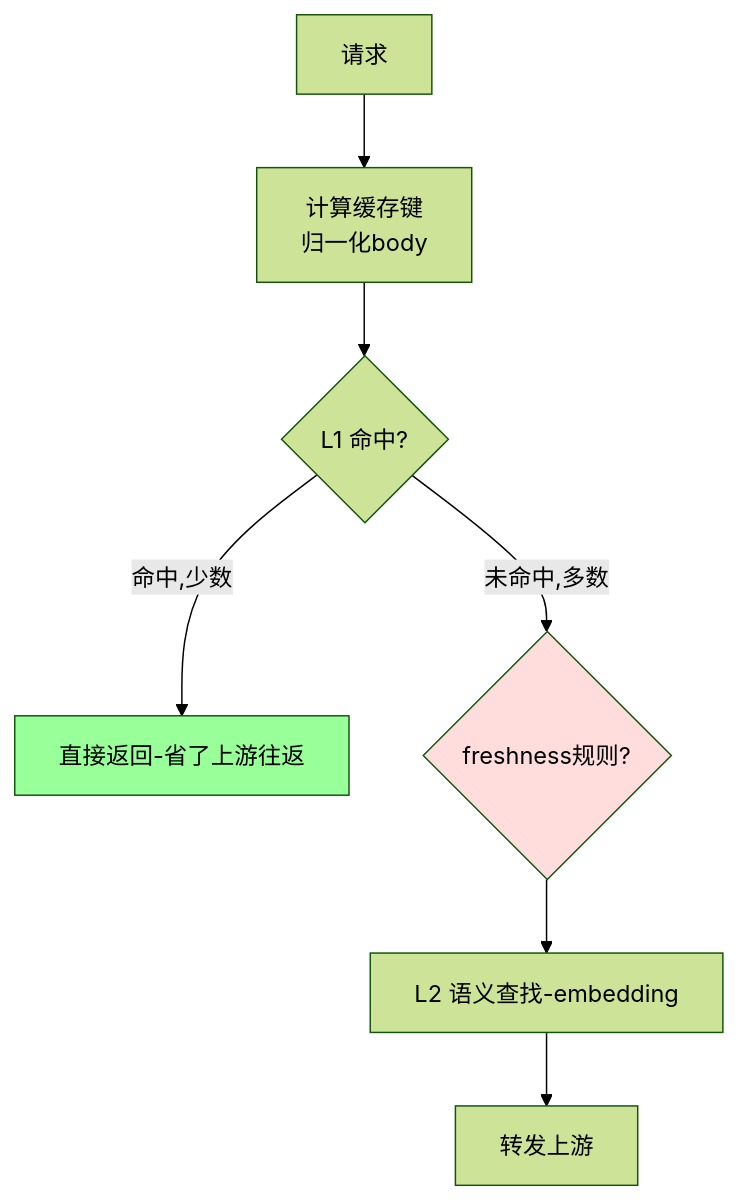
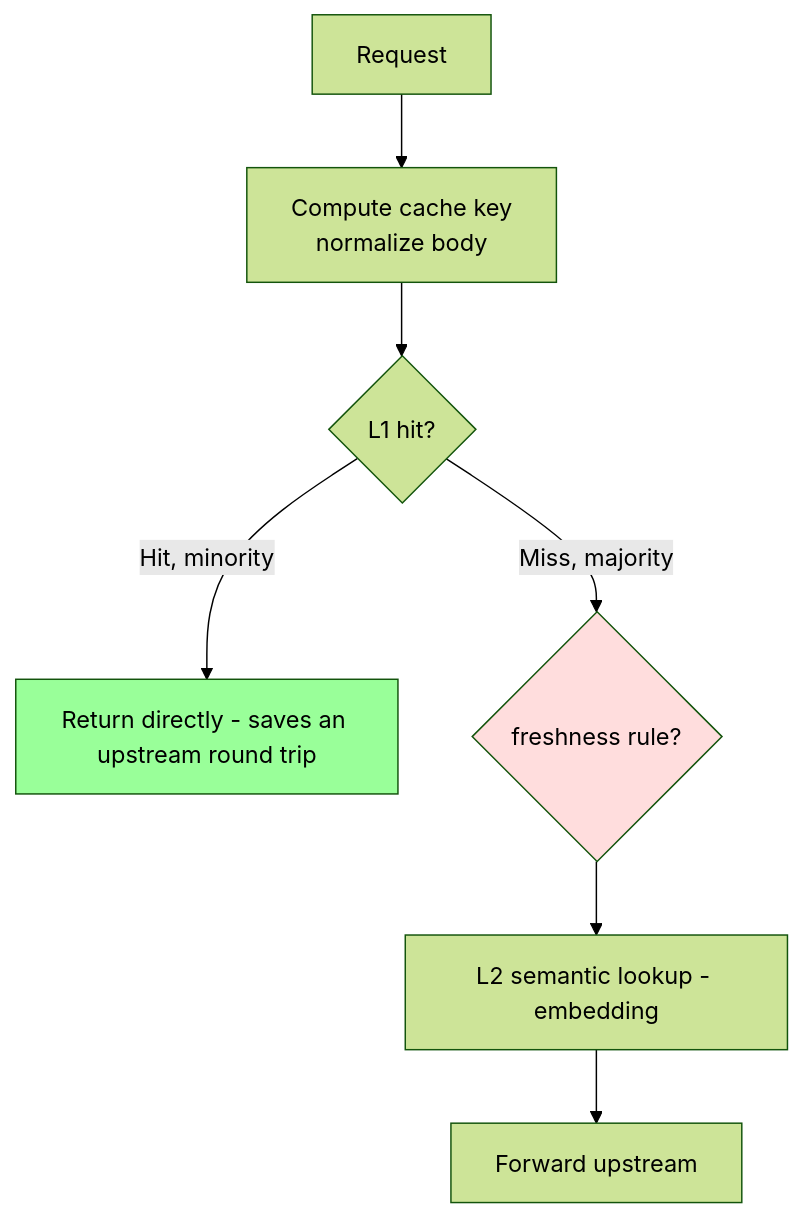
Before and after one commit to AlphaBitCore/nexus-gateway: the second of 4 diagrams in docs/developers/architecture/services/ai-gateway/performance-and-switches-explained.md, drawn with Mermaid (forest theme). The commit also changed other lines of this file and 165 other files, not shown here.

````diff
--- a/docs/developers/architecture/services/ai-gateway/performance-and-switches-explained.md
+++ b/docs/developers/architecture/services/ai-gateway/performance-and-switches-explained.md
@@ -118,11 +118,11 @@
 ```mermaid
 flowchart TD
-    R[请求] --> K[计算缓存键<br/>归一化body]
-    K --> L{L1 命中?}
-    L -->|命中,少数| HIT[直接返回-省了上游往返]
-    L -->|未命中,多数| M{freshness规则?}
-    M --> N[L2 语义查找-embedding]
-    N --> UP[转发上游]
+    R[Request] --> K[Compute cache key<br/>normalize body]
+    K --> L{L1 hit?}
+    L -->|Hit, minority| HIT[Return directly - saves an upstream round trip]
+    L -->|Miss, majority| M{freshness rule?}
+    M --> N[L2 semantic lookup - embedding]
+    N --> UP[Forward upstream]
     style HIT fill:#9f9
     style M fill:#fdd
 ```
````
